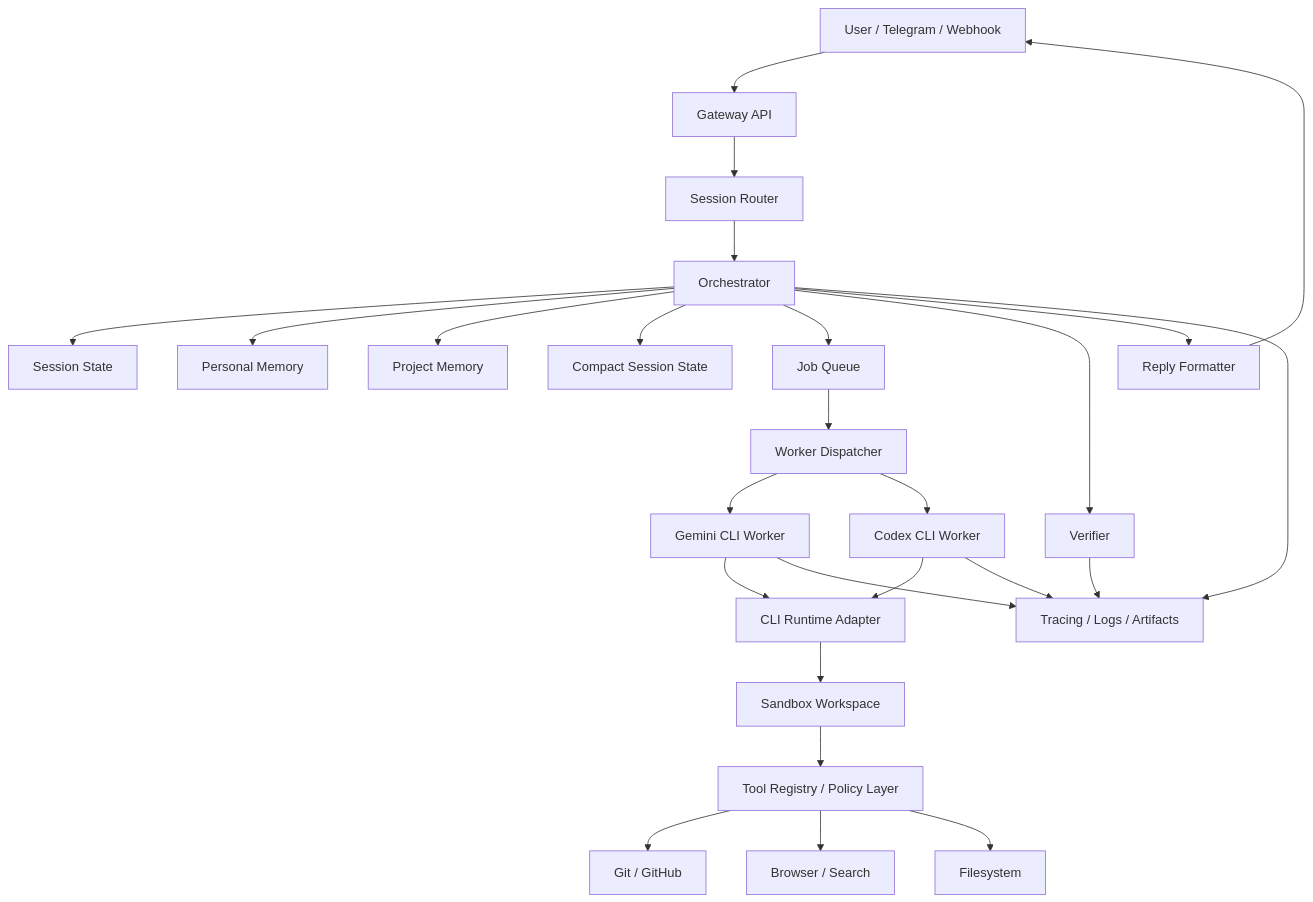
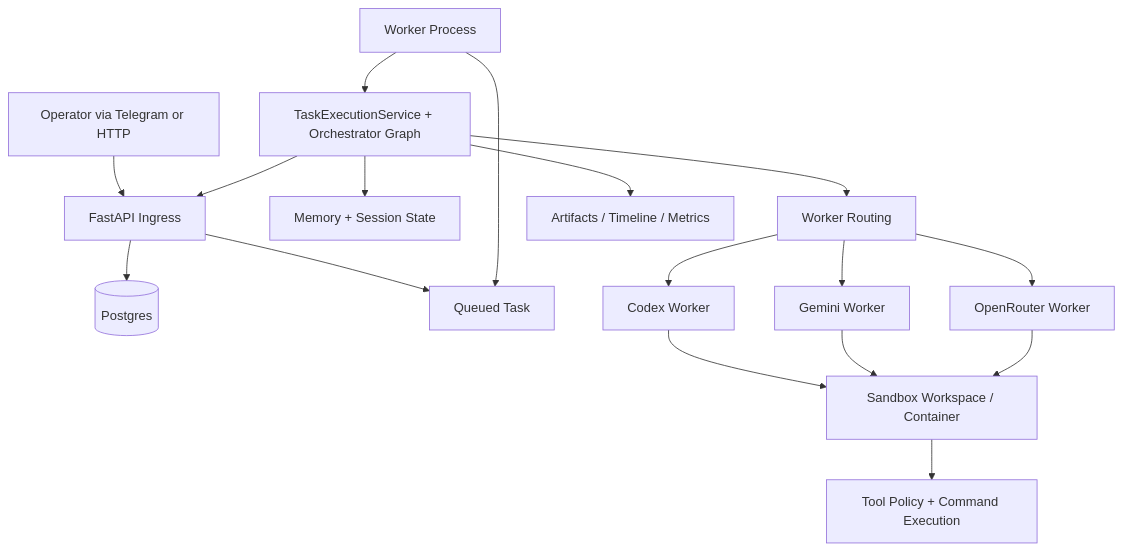
The diagram in docs/architecture.md (natanayalo/code-agent), drawn with Mermaid before and after one commit. The commit also changed other lines of this file and 4 other files, not shown here.

Commit message:
docs: refresh product identity docs and add roadmap/runbook

````diff
--- a/docs/architecture.md
+++ b/docs/architecture.md
@@ -18,34 +127,23 @@
 ```mermaid
 flowchart TD
-    U[User / Telegram / Webhook] --> G[Gateway API]
-    G --> S[Session Router]
-    S --> O[Orchestrator]
+    U[Operator via Telegram or HTTP] --> API[FastAPI Ingress]
+    API --> DB[(Postgres)]
+    API --> Q[Queued Task]
 
-    O --> M1[Session State]
-    O --> M2[Personal Memory]
-    O --> M3[Project Memory]
-    O --> M4[Compact Session State]
-    O --> Q[Job Queue]
+    W[Worker Process] --> Q
+    W --> ORCH[TaskExecutionService + Orchestrator Graph]
+    ORCH --> MEM[Memory + Session State]
+    ORCH --> ROUTE[Worker Routing]
 
-    Q --> D[Worker Dispatcher]
-    D --> GW[Gemini CLI Worker]
-    D --> OW[Codex CLI Worker]
+    ROUTE --> CW[Codex Worker]
+    ROUTE --> GW[Gemini Worker]
+    ROUTE --> OW[OpenRouter Worker]
 
-    GW --> C[CLI Runtime Adapter]
-    OW --> C
-    C --> X[Sandbox Workspace]
+    CW --> SB[Sandbox Workspace / Container]
+    GW --> SB
+    OW --> SB
 
-    X --> T[Tool Registry / Policy Layer]
-    T --> GH[Git / GitHub]
-    T --> BR[Browser / Search]
-    T --> FS[Filesystem]
-
-    O --> V[Verifier]
-    O --> R[Reply Formatter]
-    R --> U
-
-    O --> OBS[Tracing / Logs / Artifacts]
-    V --> OBS
-    GW --> OBS
-    OW --> OBS
+    SB --> TOOLS[Tool Policy + Command Execution]
+    ORCH --> ART[Artifacts / Timeline / Metrics]
+    ORCH --> API
 ```
````
